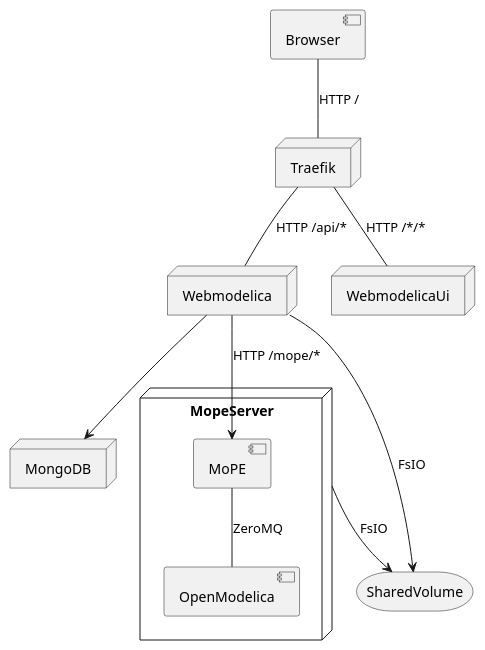
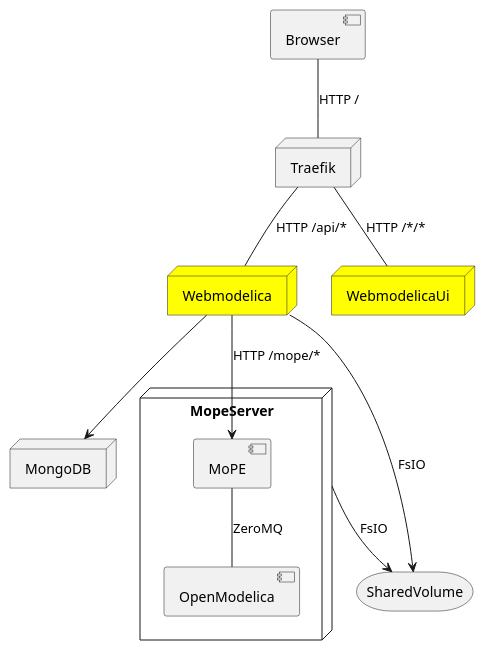
One commit to THM-MoTE/webmodelica changed the diagram in doc/deployment.puml. Above: the diagram before and after it, drawn with PlantUML. The commit also changed 1 other file, not shown here.

Commit message:
highlight Webmodelica,WebmodelicaUI container

```diff
--- a/doc/deployment.puml
+++ b/doc/deployment.puml
@@ -1,27 +1,27 @@
 @startuml
 
 [Browser]
 
 node Traefik
-node Webmodelica
-node WebmodelicaUi
+node Webmodelica #Yellow
+node WebmodelicaUi #Yellow
 node MongoDB
 
 Browser -- Traefik : HTTP /
 Traefik -- Webmodelica : HTTP /api/*
 Traefik -- WebmodelicaUi : HTTP /*/*
 
 Webmodelica --> MongoDB
 
 node MopeServer {
   Webmodelica --> [MoPE] : HTTP /mope/*
   [OpenModelica]
   [MoPE] -- [OpenModelica] : ZeroMQ
 }
 
 storage SharedVolume
 
 Webmodelica --> SharedVolume : FsIO
 MopeServer --> SharedVolume : FsIO
 
 @enduml
```
